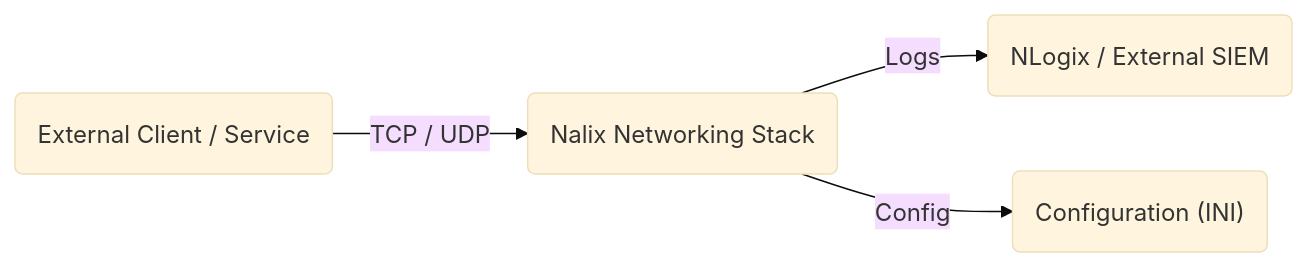
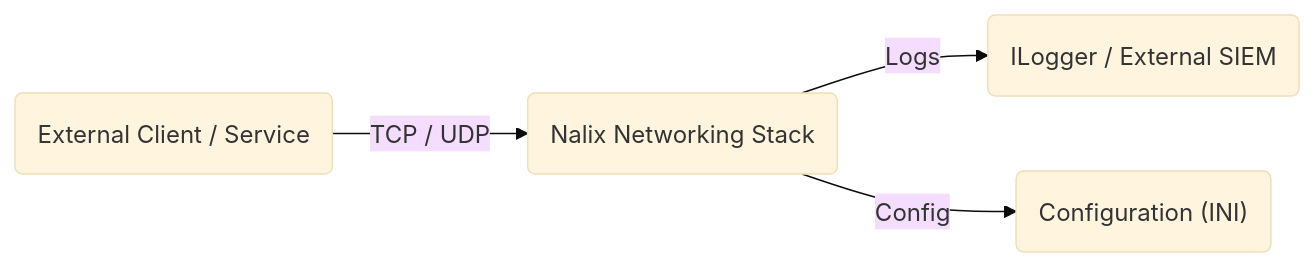
The first of 3 diagrams in docs/concepts/fundamentals/architecture.md (ppn-systems/Nalix), drawn with Mermaid (base theme) before and after one commit. The commit also changed other lines of this file and 53 other files, not shown here.

````diff
--- a/docs/concepts/fundamentals/architecture.md
+++ b/docs/concepts/fundamentals/architecture.md
@@ -14,6 +14,6 @@
 ```mermaid
 graph LR
     User("External Client / Service") -- "TCP / UDP" --> Stack("Nalix Networking Stack")
-    Stack -- "Logs" --> Logging("NLogix / External SIEM")
+    Stack -- "Logs" --> Logging("ILogger / External SIEM")
     Stack -- "Config" --> Config("Configuration (INI)")
 ```
````
